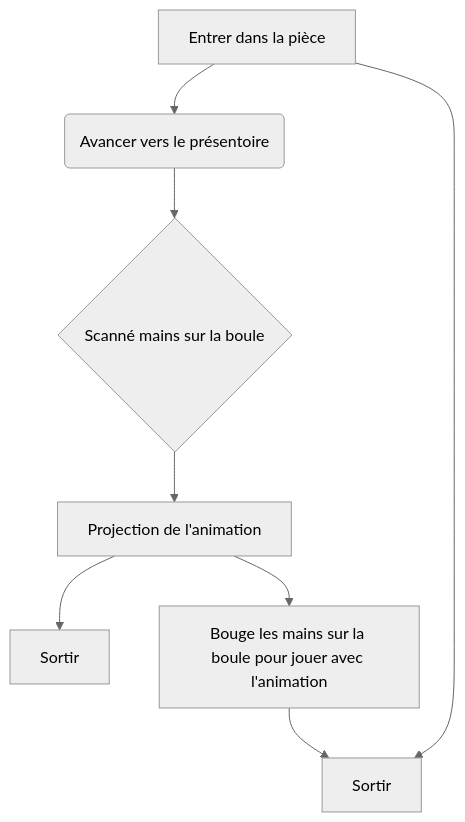
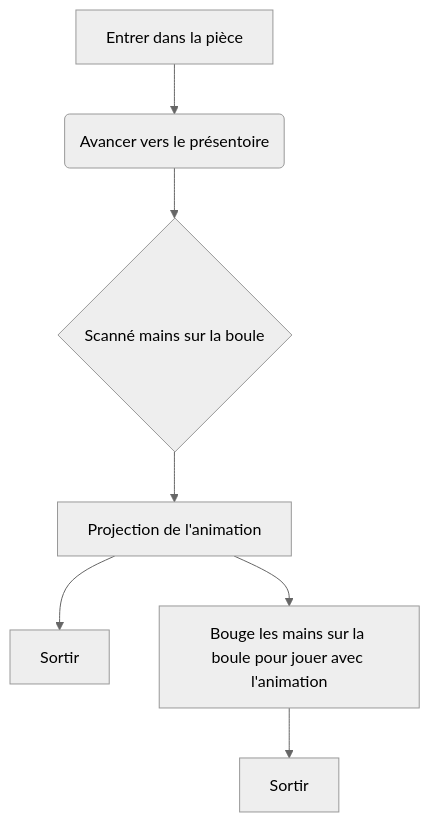
The diagram in README.md (Sitmonternna/scenariser_interactif), drawn with Mermaid (neutral theme) before and after one commit.

````diff
--- a/README.md
+++ b/README.md
@@ -15,10 +15,9 @@
 ```mermaid
 flowchart TD
    A[Entrer dans la pièce] --> B(Avancer vers le présentoire)
-     A[Entrer dans la pièce]--> G(Sortir)
     B --> C{Scanné mains sur la boule}
     C -->D[Projection de l'animation]
     D -->F[Sortir]
     D -->E[Bouge les mains sur la boule pour jouer avec l'animation]
     E -->G[Sortir]
 ```
````
